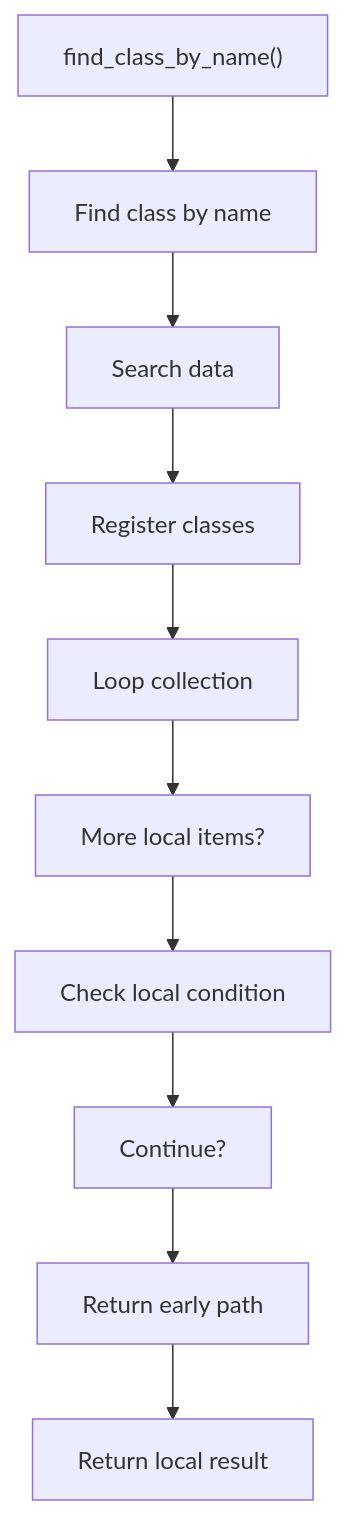
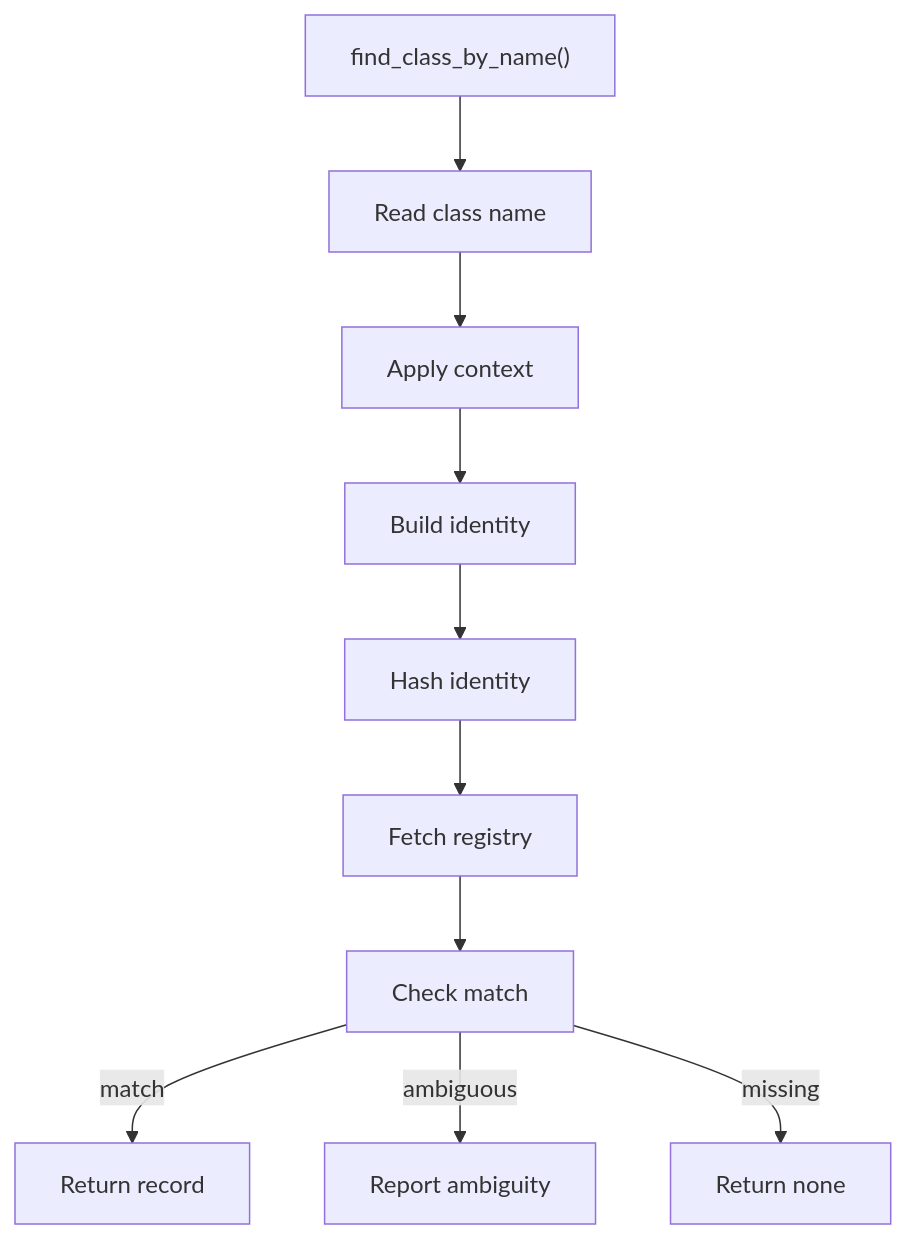
Before and after one commit to JohnAndrewBalbarosa/NeoTerritory: the first of 2 diagrams in docs/Codebase/Microservice/Modules/Source/Analysis/ImplementationUse/Resolution/Symbols/Query/Flow/functions/find_class_by_name.cpp.md, drawn with Mermaid. The commit also changed other lines of this file and 147 other files, not shown here.

````diff
--- a/docs/Codebase/Microservice/Modules/Source/Analysis/ImplementationUse/Resolution/Symbols/Query/Flow/functions/find_class_by_name.cpp.md
+++ b/docs/Codebase/Microservice/Modules/Source/Analysis/ImplementationUse/Resolution/Symbols/Query/Flow/functions/find_class_by_name.cpp.md
@@ -26,22 +34,22 @@
 ```mermaid
 flowchart TD
     N0["find_class_by_name()"]
-    N1["Find class by name"]
-    N2["Search data"]
-    N3["Register classes"]
-    N4["Loop collection"]
-    N5["More local items?"]
-    N6["Check local condition"]
-    N7["Continue?"]
-    N8["Return early path"]
-    N9["Return local result"]
+    N1["Read class name"]
+    N2["Apply context"]
+    N3["Build identity"]
+    N4["Hash identity"]
+    N5["Fetch registry"]
+    N6["Check match"]
+    N7["Return record"]
+    N8["Report ambiguity"]
+    N9["Return none"]
     N0 --> N1
     N1 --> N2
     N2 --> N3
     N3 --> N4
     N4 --> N5
     N5 --> N6
-    N6 --> N7
-    N7 --> N8
-    N8 --> N9
+    N6 -->|match| N7
+    N6 -->|ambiguous| N8
+    N6 -->|missing| N9
 ```
````
